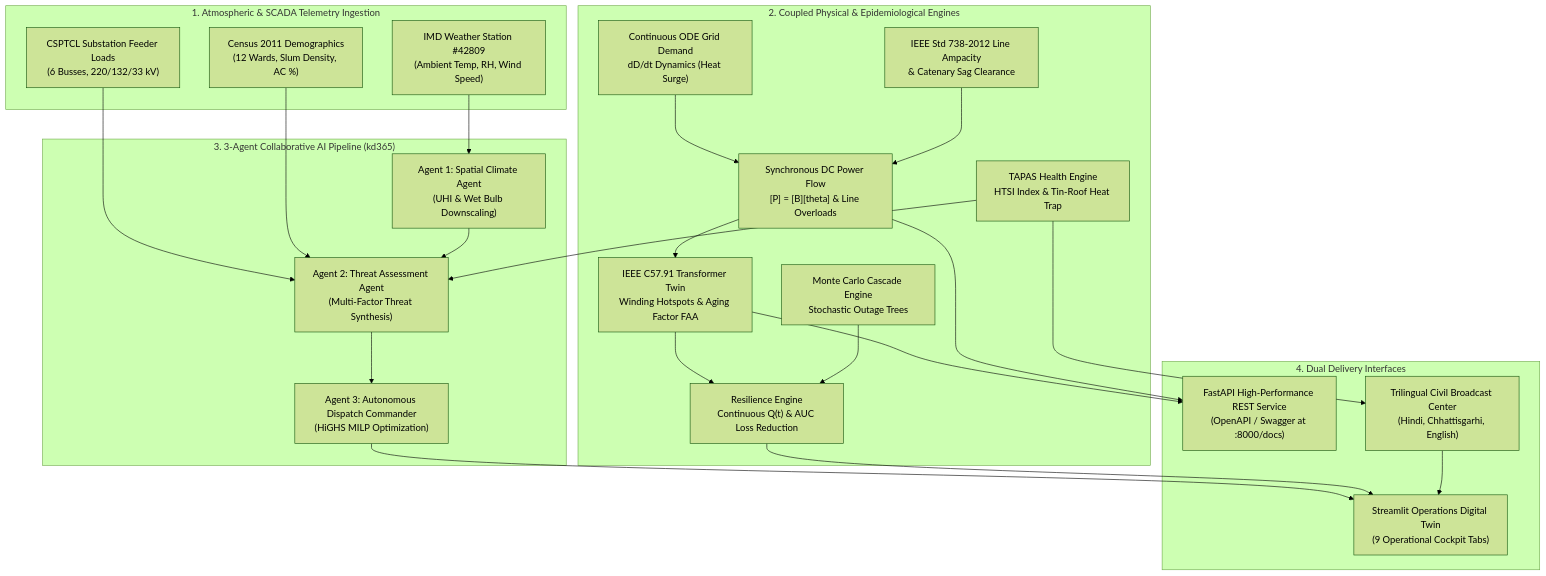
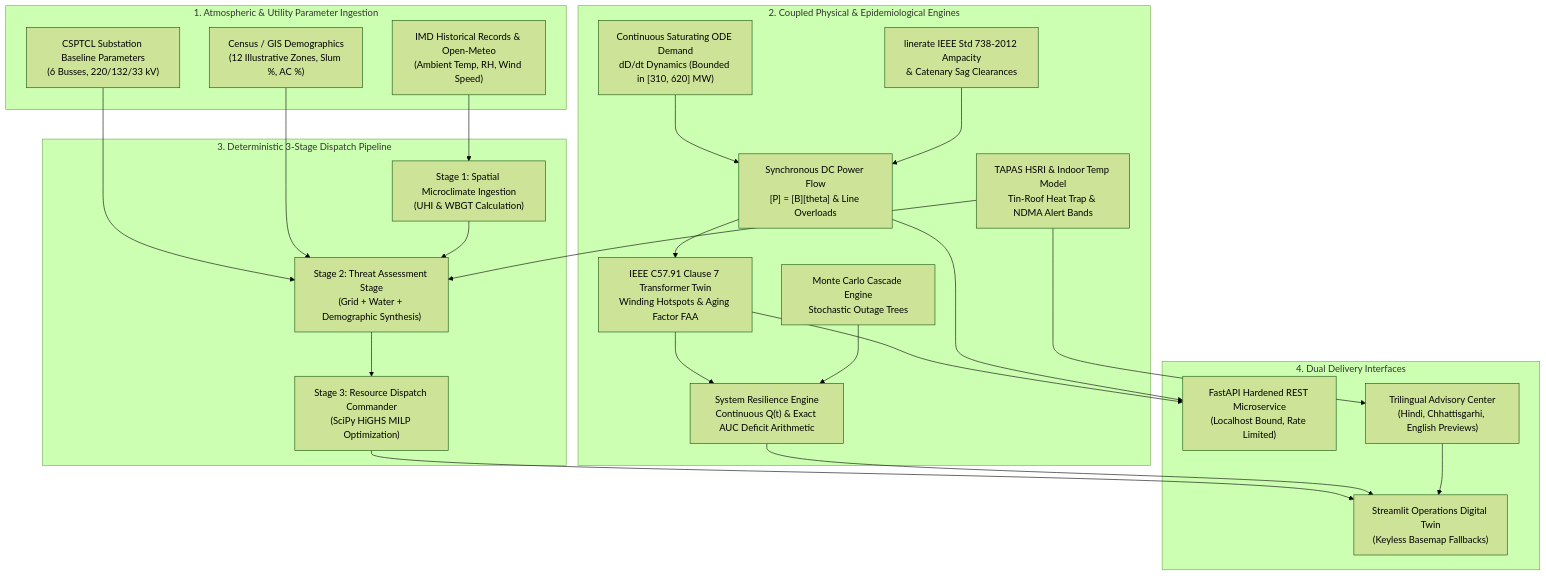
The diagram in README.md (sathiyatskrj/AGNAYA), drawn with Mermaid (forest theme) before and after one commit. The commit also changed other lines of this file and 14 other files, not shown here.

Commit message:
feat(models): Phase 1 unify mathematical models, IEEE standards, linerate/pythermalcomfort adapters, and HSRI

````diff
--- a/README.md
+++ b/README.md
@@ -50,44 +57,44 @@
 ```mermaid
 flowchart TB
-    subgraph SENSORS["1. Atmospheric & SCADA Telemetry Ingestion"]
-        IMD["IMD Weather Station #42809<br/>(Ambient Temp, RH, Wind Speed)"]
-        SCADA["CSPTCL Substation Feeder Loads<br/>(6 Busses, 220/132/33 kV)"]
-        DEMO["Census 2011 Demographics<br/>(12 Wards, Slum Density, AC %)"]
+    subgraph SENSORS["1. Atmospheric & Utility Parameter Ingestion"]
+        IMD["IMD Historical Records & Open-Meteo<br/>(Ambient Temp, RH, Wind Speed)"]
+        SCADA["CSPTCL Substation Baseline Parameters<br/>(6 Busses, 220/132/33 kV)"]
+        DEMO["Census / GIS Demographics<br/>(12 Illustrative Zones, Slum %, AC %)"]
     end
 
     subgraph MODELS["2. Coupled Physical & Epidemiological Engines"]
-        ODE["Continuous ODE Grid Demand<br/>dD/dt Dynamics (Heat Surge)"]
-        DTR["IEEE Std 738-2012 Line Ampacity<br/>& Catenary Sag Clearance"]
-        IEEE["IEEE C57.91 Transformer Twin<br/>Winding Hotspots & Aging Factor FAA"]
+        ODE["Continuous Saturating ODE Demand<br/>dD/dt Dynamics (Bounded in [310, 620] MW)"]
+        DTR["linerate IEEE Std 738-2012 Ampacity<br/>& Catenary Sag Clearances"]
+        IEEE["IEEE C57.91 Clause 7 Transformer Twin<br/>Winding Hotspots & Aging Factor FAA"]
         DC["Synchronous DC Power Flow<br/>[P] = [B][theta] & Line Overloads"]
-        TAPAS["TAPAS Health Engine<br/>HTSI Index & Tin-Roof Heat Trap"]
+        TAPAS["TAPAS HSRI & Indoor Temp Model<br/>Tin-Roof Heat Trap & NDMA Alert Bands"]
         MC["Monte Carlo Cascade Engine<br/>Stochastic Outage Trees"]
-        RESIL["Resilience Engine<br/>Continuous Q(t) & AUC Loss Reduction"]
+        RESIL["System Resilience Engine<br/>Continuous Q(t) & Exact AUC Deficit Arithmetic"]
     end
 
-    subgraph AGENTS["3. 3-Agent Collaborative AI Pipeline (kd365)"]
-        A1["Agent 1: Spatial Climate Agent<br/>(UHI & Wet Bulb Downscaling)"]
-        A2["Agent 2: Threat Assessment Agent<br/>(Multi-Factor Threat Synthesis)"]
-        A3["Agent 3: Autonomous Dispatch Commander<br/>(HiGHS MILP Optimization)"]
+    subgraph AGENTS["3. Deterministic 3-Stage Dispatch Pipeline"]
+        A1["Stage 1: Spatial Microclimate Ingestion<br/>(UHI & WBGT Calculation)"]
+        A2["Stage 2: Threat Assessment Stage<br/>(Grid + Water + Demographic Synthesis)"]
+        A3["Stage 3: Resource Dispatch Commander<br/>(SciPy HiGHS MILP Optimization)"]
     end
 
     subgraph OUTPUTS["4. Dual Delivery Interfaces"]
-        UI["Streamlit Operations Digital Twin<br/>(9 Operational Cockpit Tabs)"]
-        API["FastAPI High-Performance REST Service<br/>(OpenAPI / Swagger at :8000/docs)"]
-        BROADCAST["Trilingual Civil Broadcast Center<br/>(Hindi, Chhattisgarhi, English)"]
+        UI["Streamlit Operations Digital Twin<br/>(Keyless Basemap Fallbacks)"]
+        API["FastAPI Hardened REST Microservice<br/>(Localhost Bound, Rate Limited)"]
+        BROADCAST["Trilingual Advisory Center<br/>(Hindi, Chhattisgarhi, English Previews)"]
     end
 
     IMD --> A1
     SCADA --> A2
     DEMO --> A2
     A1 --> A2 --> A3
     ODE --> DC --> IEEE --> RESIL
     DTR --> DC
     TAPAS --> A2
     MC --> RESIL
     A3 --> UI
     RESIL --> UI
     IEEE --> API
     DC --> API
     TAPAS --> BROADCAST --> UI
 ```
````
